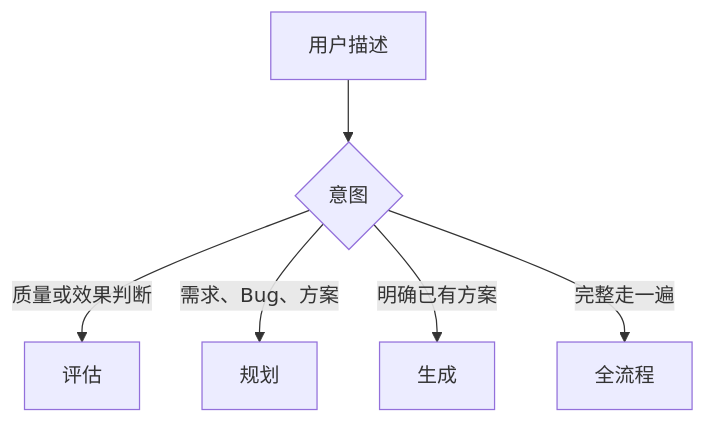
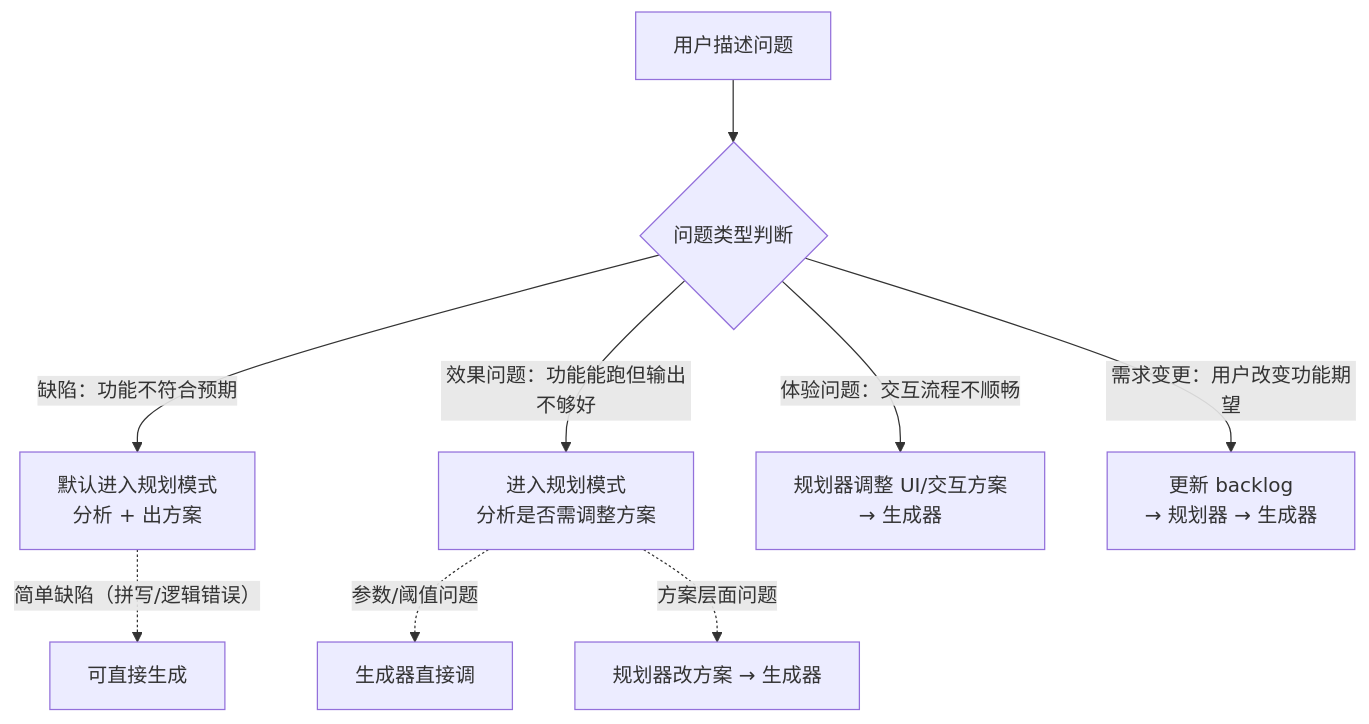
Before and after one commit to pancake-lee/pflow: the diagram in docs/handbook/work-modes.md, drawn with Mermaid. The commit also changed other lines of this file and 15 other files, not shown here.

````diff
--- a/docs/handbook/work-modes.md
+++ b/docs/handbook/work-modes.md
@@ -7,8 +11,11 @@
 ```mermaid
 flowchart TD
-    A[用户描述] --> B{意图}
-    B -->|质量或效果判断| C[评估]
-    B -->|需求、Bug、方案| D[规划]
-    B -->|明确已有方案| E[生成]
-    B -->|完整走一遍| F[全流程]
+    A[用户描述问题] --> B{问题类型判断}
+    B -->|缺陷：功能不符合预期| C[默认进入规划模式<br>分析 + 出方案]
+    C -.->|简单缺陷（拼写/逻辑错误）| D[可直接生成]
+    B -->|效果问题：功能能跑但输出不够好| E[进入规划模式<br>分析是否需调整方案]
+    E -.->|参数/阈值问题| F[生成器直接调]
+    E -.->|方案层面问题| G[规划器改方案 → 生成器]
+    B -->|体验问题：交互流程不顺畅| H[规划器调整 UI/交互方案<br>→ 生成器]
+    B -->|需求变更：用户改变功能期望| I[更新 backlog<br>→ 规划器 → 生成器]
 ```
````
